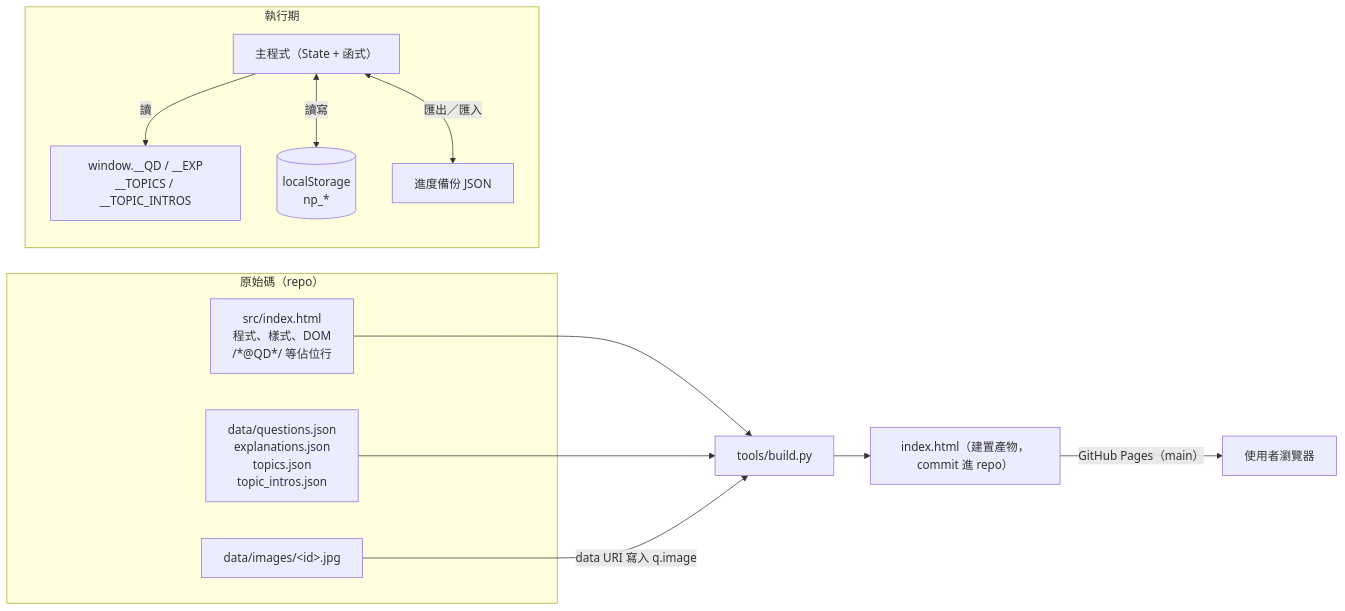
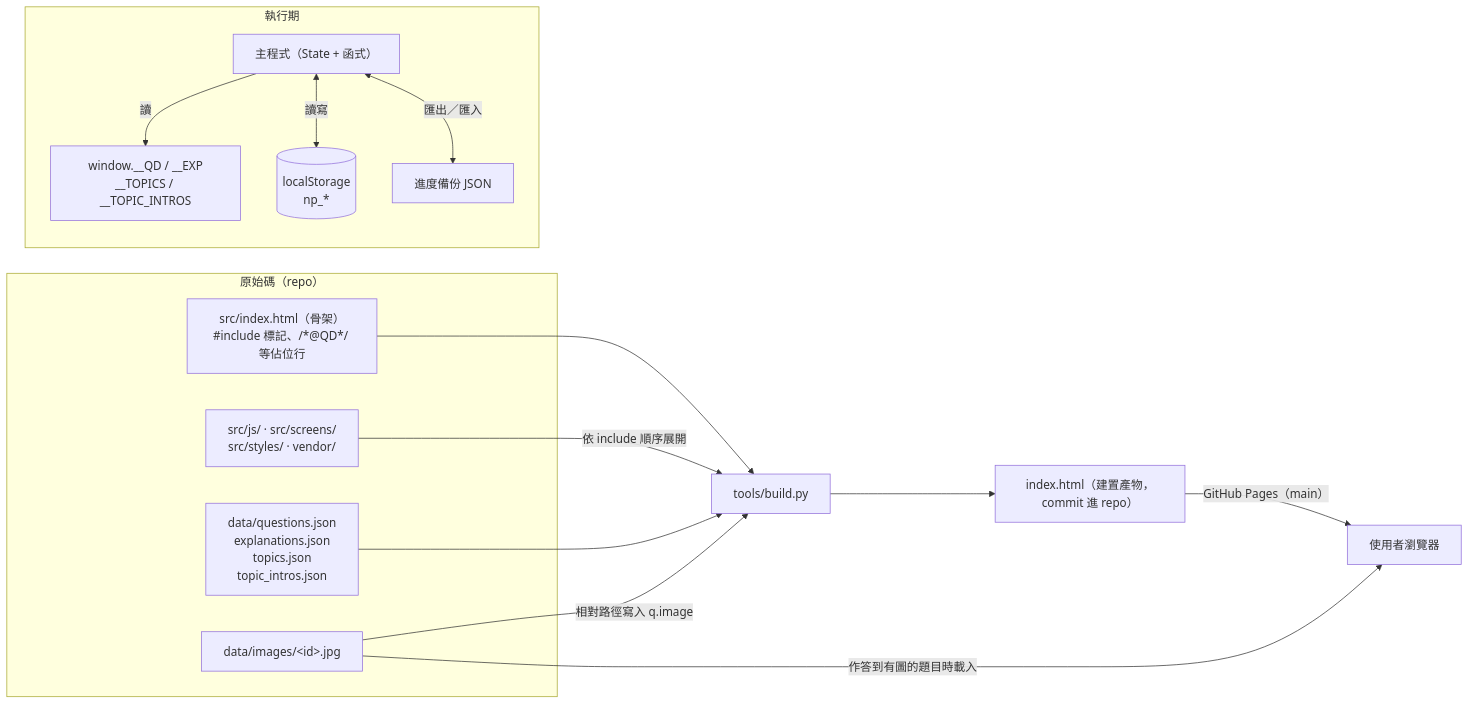
One commit to bobyu89/np-quiz changed the first of 2 diagrams in docs/ARCHITECTURE.md. Above: the diagram before and after it, drawn with Mermaid. The commit also changed other lines of this file and 8 other files, not shown here.

First line of the commit message:
星空動畫獨立成 starfield.js；更新文件：原始碼拆檔結構、畫面比對、附圖外部化

````diff
--- a/docs/ARCHITECTURE.md
+++ b/docs/ARCHITECTURE.md
@@ -10,20 +10,23 @@
 ```mermaid
 flowchart LR
   subgraph SRC["原始碼（repo）"]
-    TPL["src/index.html<br/>程式、樣式、DOM<br/>/*@QD*/ 等佔位行"]
+    TPL["src/index.html（骨架）<br/>#include 標記、/*@QD*/ 等佔位行"]
+    PARTS["src/js/ · src/screens/<br/>src/styles/ · vendor/"]
     DATA["data/questions.json<br/>explanations.json<br/>topics.json<br/>topic_intros.json"]
     IMG["data/images/&lt;id&gt;.jpg"]
   end
   BUILD["tools/build.py"]
   TPL --> BUILD
+  PARTS -- 依 include 順序展開 --> BUILD
   DATA --> BUILD
-  IMG -- data URI 寫入 q.image --> BUILD
+  IMG -- 相對路徑寫入 q.image --> BUILD
   BUILD --> OUT["index.html（建置產物，commit 進 repo）"]
   OUT -- GitHub Pages（main） --> WEB["使用者瀏覽器"]
+  IMG -- 作答到有圖的題目時載入 --> WEB
   subgraph RT["執行期"]
     APP["主程式（State + 函式）"]
     APP -- 讀 --> G["window.__QD / __EXP<br/>__TOPICS / __TOPIC_INTROS"]
     APP <-- 讀寫 --> LS[("localStorage<br/>np_*")]
     APP <-- 匯出／匯入 --> BK["進度備份 JSON"]
   end
 ```
````
